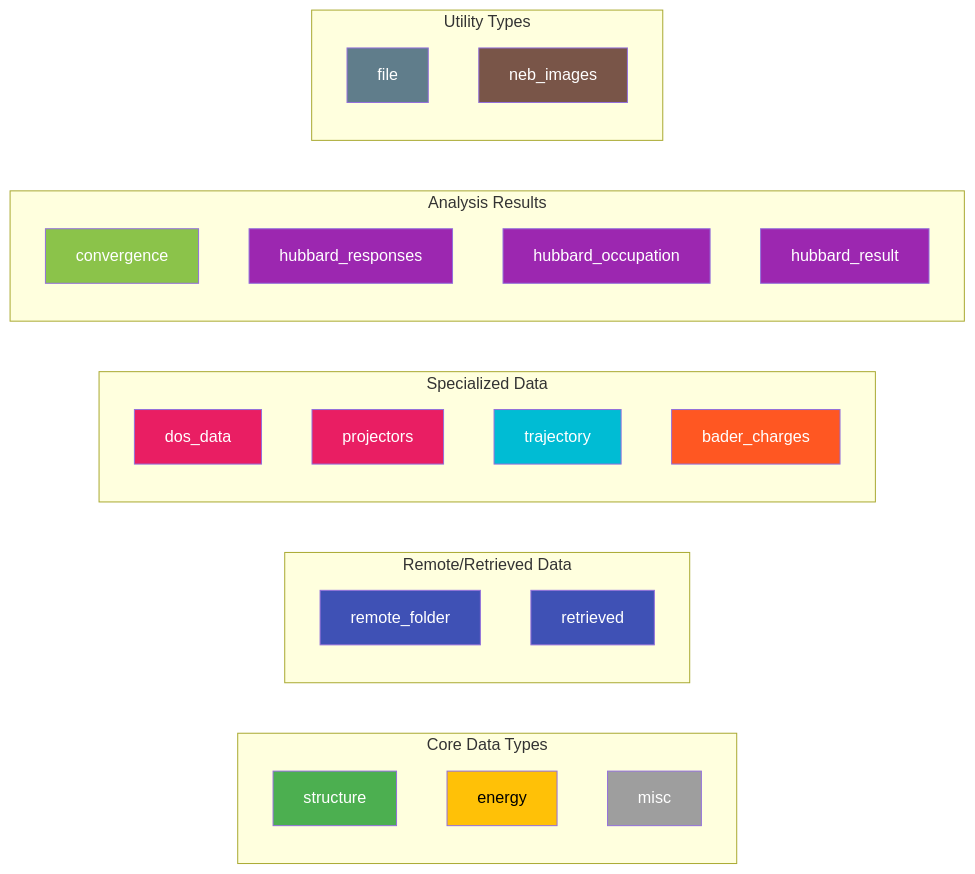
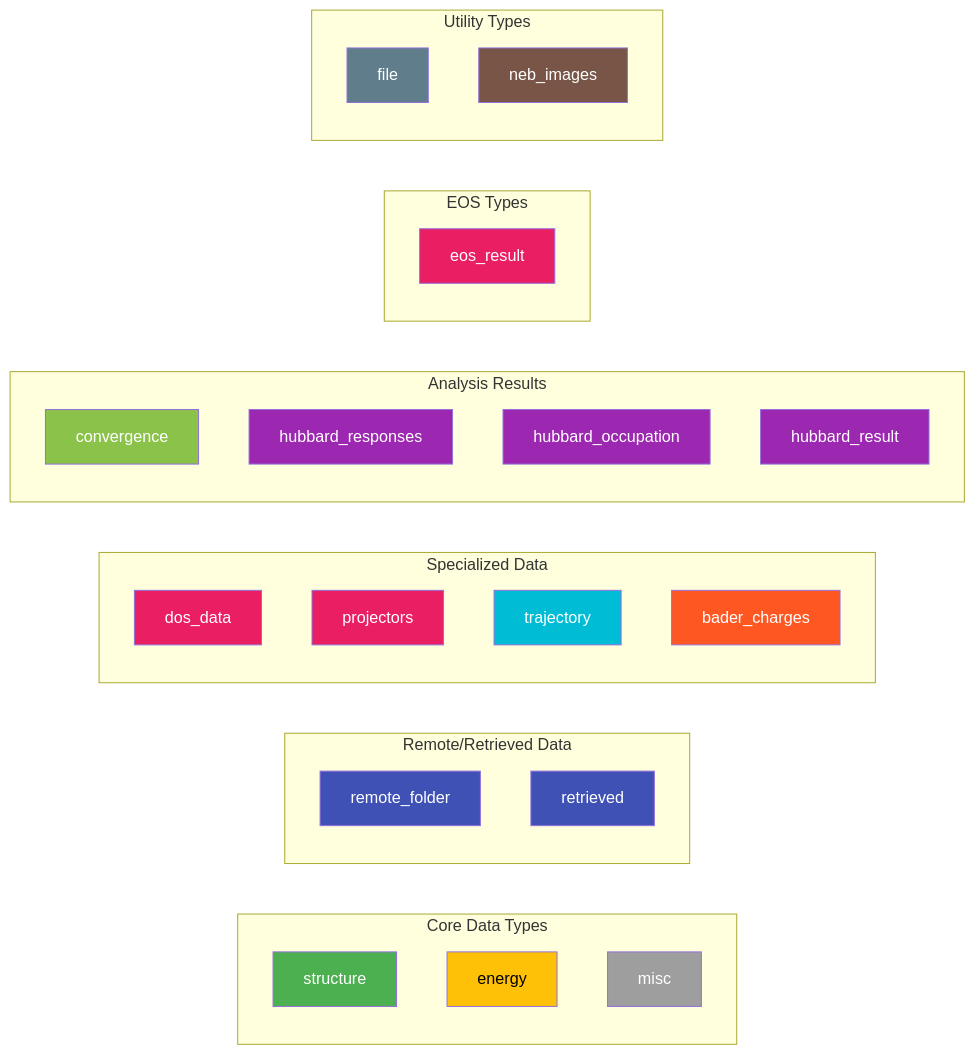
One commit to DoriniTT/quantum-lego changed the second of 13 diagrams in docs/BRICK_CONNECTIONS.md. Above: the diagram before and after it, drawn with Mermaid. The commit also changed other lines of this file and 11 other files, not shown here.

````diff
--- a/docs/BRICK_CONNECTIONS.md
+++ b/docs/BRICK_CONNECTIONS.md
@@ -69,48 +79,53 @@
 ```mermaid
 graph LR
     subgraph "Core Data Types"
         S[structure]
         E[energy]
         M[misc]
     end
 
     subgraph "Remote/Retrieved Data"
         RF[remote_folder]
         RET[retrieved]
     end
 
     subgraph "Specialized Data"
         DOS[dos_data]
         PROJ[projectors]
         TRAJ[trajectory]
         BC[bader_charges]
     end
 
     subgraph "Analysis Results"
         CONV[convergence]
         HR[hubbard_responses]
         HO[hubbard_occupation]
         HRES[hubbard_result]
     end
 
+    subgraph "EOS Types"
+        EOS_R[eos_result]
+    end
+
     subgraph "Utility Types"
         FILE[file]
         NEB_I[neb_images]
     end
 
     style S fill:#4CAF50,color:#fff
     style E fill:#FFC107,color:#000
     style M fill:#9E9E9E,color:#fff
     style RF fill:#3F51B5,color:#fff
     style RET fill:#3F51B5,color:#fff
     style DOS fill:#E91E63,color:#fff
     style PROJ fill:#E91E63,color:#fff
     style TRAJ fill:#00BCD4,color:#fff
     style BC fill:#FF5722,color:#fff
     style CONV fill:#8BC34A,color:#fff
     style HR fill:#9C27B0,color:#fff
     style HO fill:#9C27B0,color:#fff
     style HRES fill:#9C27B0,color:#fff
     style FILE fill:#607D8B,color:#fff
     style NEB_I fill:#795548,color:#fff
+    style EOS_R fill:#E91E63,color:#fff
 ```
````
